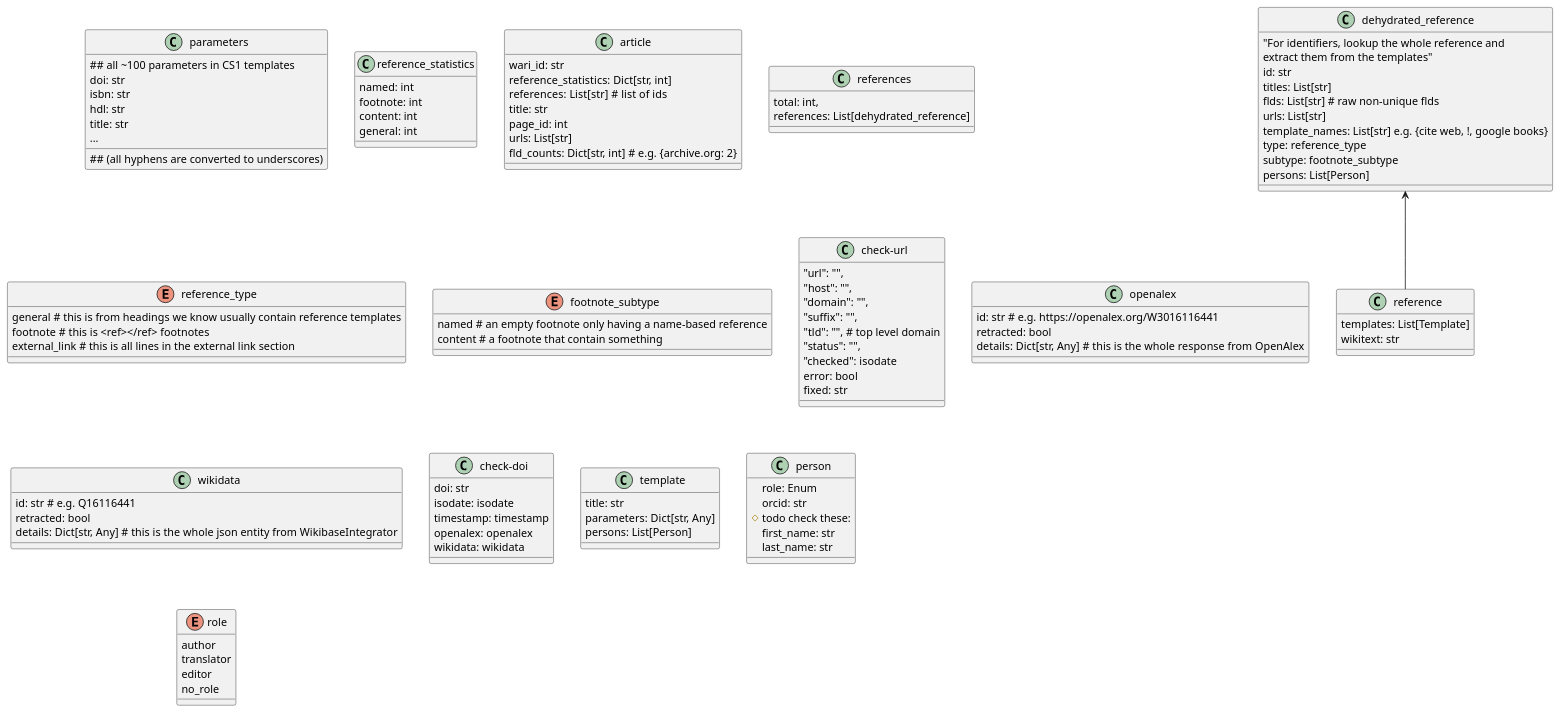
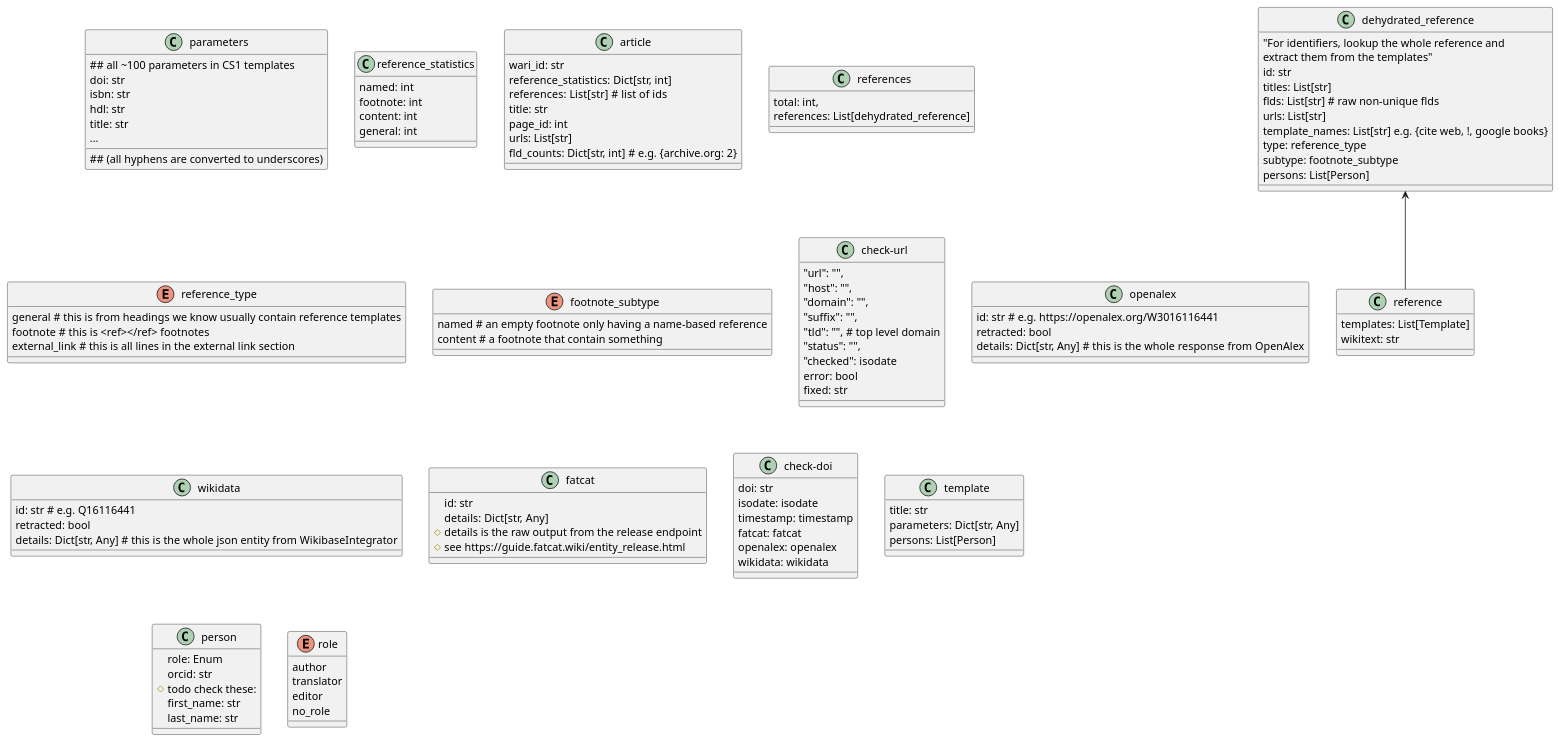
Before and after one commit to internetarchive/iari: the diagram in diagrams/wari/classes.puml, drawn with PlantUML. The commit also changed 2 other files, not shown here.

Commit message:
fix: Fix deviating syntax and extract id from fatcat release.

```diff
--- a/diagrams/wari/classes.puml
+++ b/diagrams/wari/classes.puml
@@ -1,111 +1,118 @@
 @startuml
 'https://plantuml.com/class-diagram
 
 class parameters{
 ## all ~100 parameters in CS1 templates
 ## (all hyphens are converted to underscores)
 doi: str
 isbn: str
 hdl: str
 title: str
 ...
 }
 'class wikidata_details{
 'fulltext_url: str
 'publisher: wdqid
 'journal: wdqid
 'authors: List[author1_qid, ...]
 'author_strings: int}
 '}
 class reference_statistics{
 named: int
 footnote: int
 content: int
 general: int
 }
 class article{
 wari_id: str
 reference_statistics: Dict[str, int]
 references: List[str] #  list of ids
 title: str
 page_id: int
 urls: List[str]
 fld_counts: Dict[str, int] # e.g. {archive.org: 2}
 }
 class references{
 total: int,
 references: List[dehydrated_reference]
 }
 class reference{
 templates: List[Template]
 wikitext: str
 }
 enum reference_type{
 general # this is from headings we know usually contain reference templates
 footnote # this is <ref></ref> footnotes
 external_link # this is all lines in the external link section
 }
 enum footnote_subtype{
 named # an empty footnote only having a name-based reference
 content # a footnote that contain something
 }
 class dehydrated_reference {
 "For identifiers, lookup the whole reference and
 extract them from the templates"
 id: str
 titles: List[str]
 flds: List[str] # raw non-unique flds
 urls: List[str]
 template_names: List[str] e.g. {cite web, !, google books}
 type: reference_type
 subtype: footnote_subtype
 persons: List[Person]
 }
 dehydrated_reference <-- reference
 class check-url{
 "url": "",
 "host": "",
 "domain": "",
 "suffix": "",
 "tld": "", # top level domain
 "status": "",
 "checked": isodate
 error: bool
 fixed: str
 }
 class openalex{
 id: str # e.g. https://openalex.org/W3016116441
 retracted: bool
 details: Dict[str, Any] # this is the whole response from OpenAlex
 }
 class wikidata{
 id: str # e.g. Q16116441
 retracted: bool
 details: Dict[str, Any] # this is the whole json entity from WikibaseIntegrator
 }
+class fatcat{
+id: str
+details: Dict[str, Any]
+# details is the raw output from the release endpoint
+# see https://guide.fatcat.wiki/entity_release.html
+}
 class check-doi{
 doi: str
 isodate: isodate
 timestamp: timestamp
+fatcat: fatcat
 openalex: openalex
 wikidata: wikidata
 }
 class template{
 title: str
 parameters: Dict[str, Any]
 persons: List[Person]
 }
 class person{
 role: Enum
 orcid: str
 # todo check these:
 first_name: str
 last_name: str
 }
 enum role{
 author
 translator
 editor
 no_role
 }
 @enduml
```
